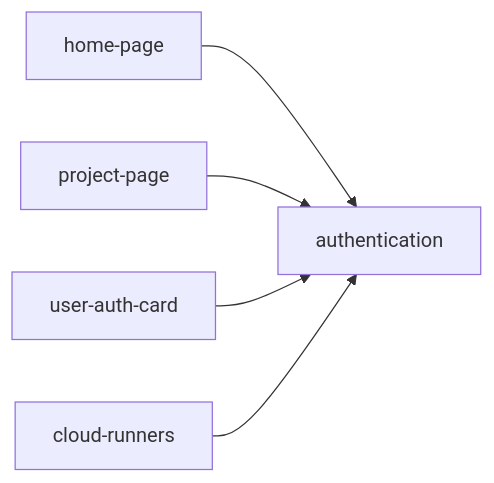
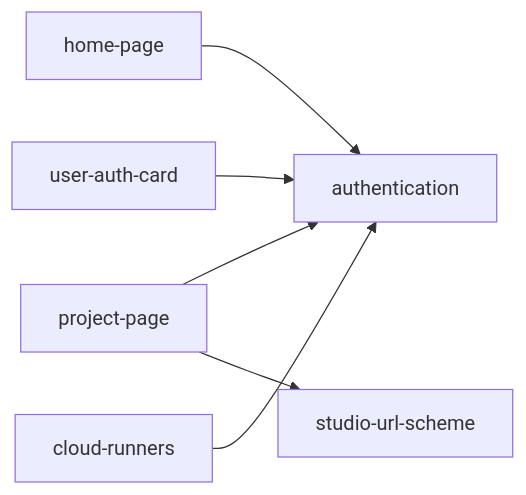
Before and after one commit to specscore/specscore-studio-app: the diagram in spec/features/README.md, drawn with Mermaid. The commit also changed other lines of this file and 10 other files, not shown here.

First line of the commit message:
spec: add studio-url-scheme feature and plan for ADR D-0001

````diff
--- a/spec/features/README.md
+++ b/spec/features/README.md
@@ -36,7 +41,8 @@
 ```mermaid
 graph LR
     home-page --> authentication
     project-page --> authentication
+    project-page --> studio-url-scheme
     user-auth-card --> authentication
     cloud-runners --> authentication
 ```
````
